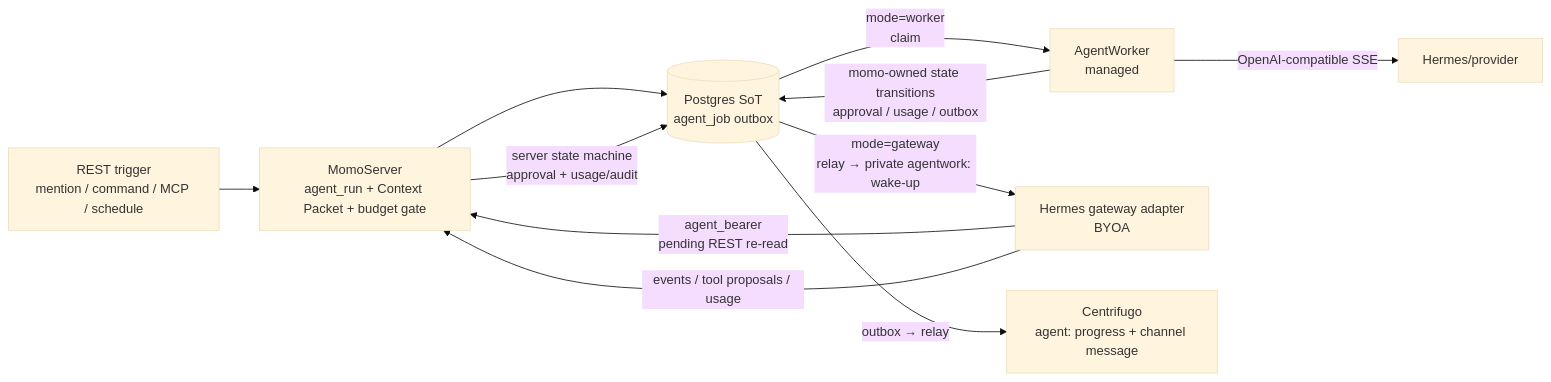
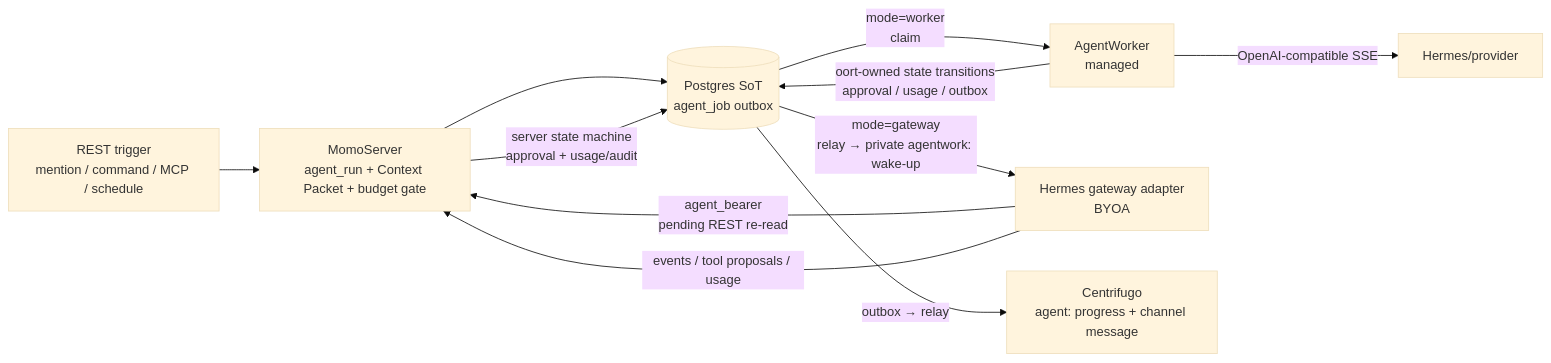
Before and after one commit to yeomyeonggeori/oort: the second of 2 diagrams in research/07-deepdive/04-self-build-l4-spec.md, drawn with Mermaid (base theme). The commit also changed 49 other files, not shown here.

````diff
--- a/research/07-deepdive/04-self-build-l4-spec.md
+++ b/research/07-deepdive/04-self-build-l4-spec.md
@@ -518,13 +518,13 @@
 ```mermaid
 flowchart LR
   T["REST trigger<br/>mention / command / MCP / schedule"] --> S["MomoServer<br/>agent_run + Context Packet + budget gate"]
   S --> P[("Postgres SoT<br/>agent_job outbox")]
   P -->|"mode=worker<br/>claim"| W["AgentWorker<br/>managed"]
   W -->|"OpenAI-compatible SSE"| HP["Hermes/provider"]
   P -->|"mode=gateway<br/>relay → private agentwork: wake-up"| G["Hermes gateway adapter<br/>BYOA"]
   G -->|"agent_bearer<br/>pending REST re-read"| S
-  W -->|"momo-owned state transitions<br/>approval / usage / outbox"| P
+  W -->|"oort-owned state transitions<br/>approval / usage / outbox"| P
   G -->|"events / tool proposals / usage"| S
   S -->|"server state machine<br/>approval + usage/audit"| P
   P -->|"outbox → relay"| C["Centrifugo<br/>agent: progress + channel message"]
 ```
````
